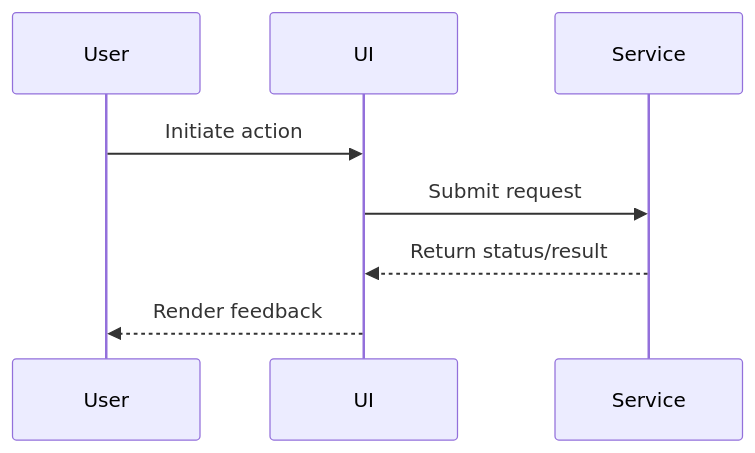
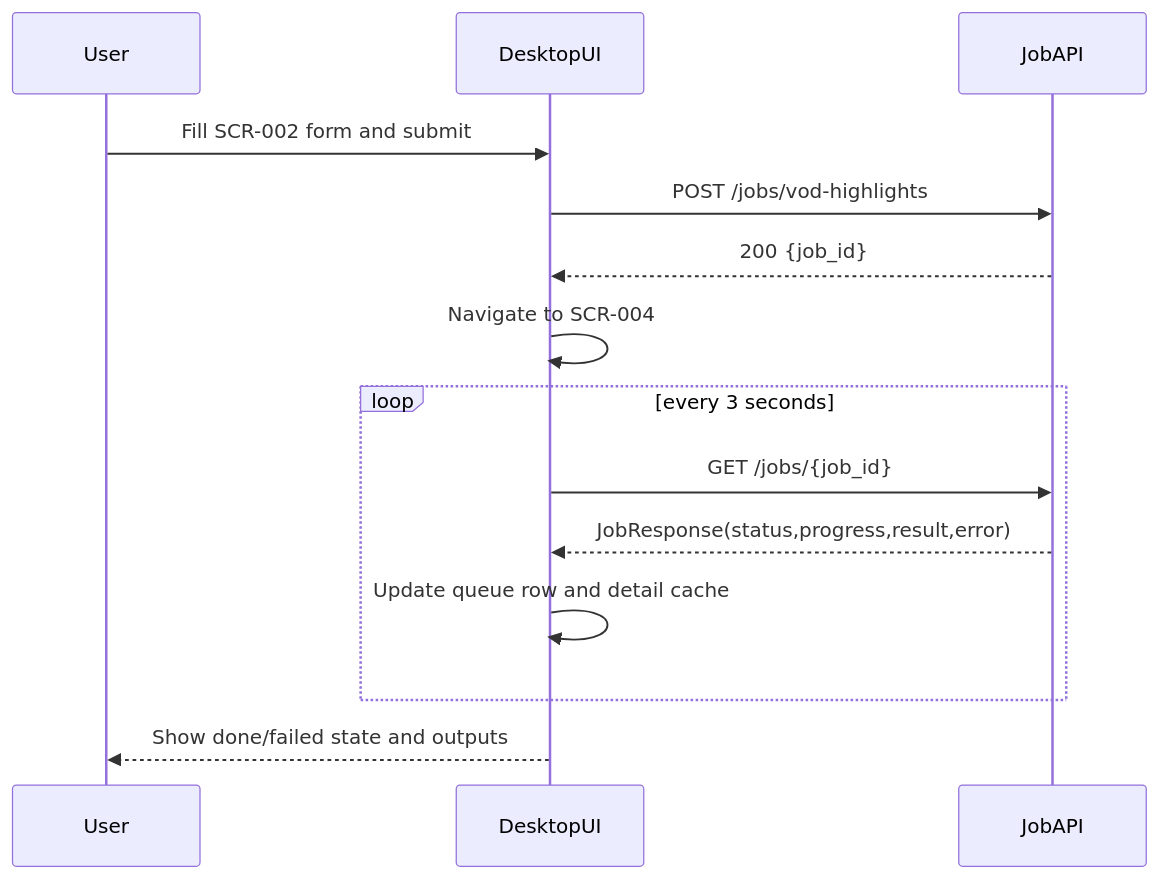
One commit to Maikeeeb/TwitchClipper changed the fifth of 9 diagrams in docs/ui-spec.md. Above: the diagram before and after it, drawn with Mermaid. The commit also changed other lines of this file and 9 other files, not shown here.

````diff
--- a/docs/ui-spec.md
+++ b/docs/ui-spec.md
@@ -172,10 +635,19 @@
 ```mermaid
 sequenceDiagram
     participant User
-    participant UI
-    participant Service
-    User->>UI: Initiate action
-    UI->>Service: Submit request
-    Service-->>UI: Return status/result
-    UI-->>User: Render feedback
+    participant UI as DesktopUI
+    participant Api as JobAPI
+
+    User->>UI: Fill SCR-002 form and submit
+    UI->>Api: POST /jobs/vod-highlights
+    Api-->>UI: 200 {job_id}
+    UI->>UI: Navigate to SCR-004
+
+    loop every 3 seconds
+        UI->>Api: GET /jobs/{job_id}
+        Api-->>UI: JobResponse(status,progress,result,error)
+        UI->>UI: Update queue row and detail cache
+    end
+
+    UI-->>User: Show done/failed state and outputs
 ```
````
